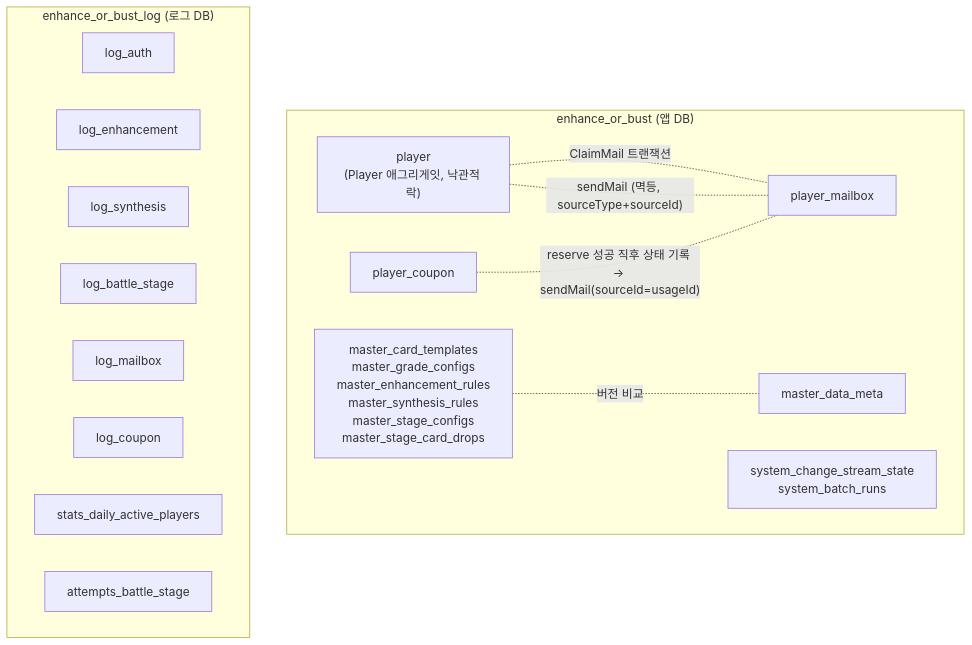
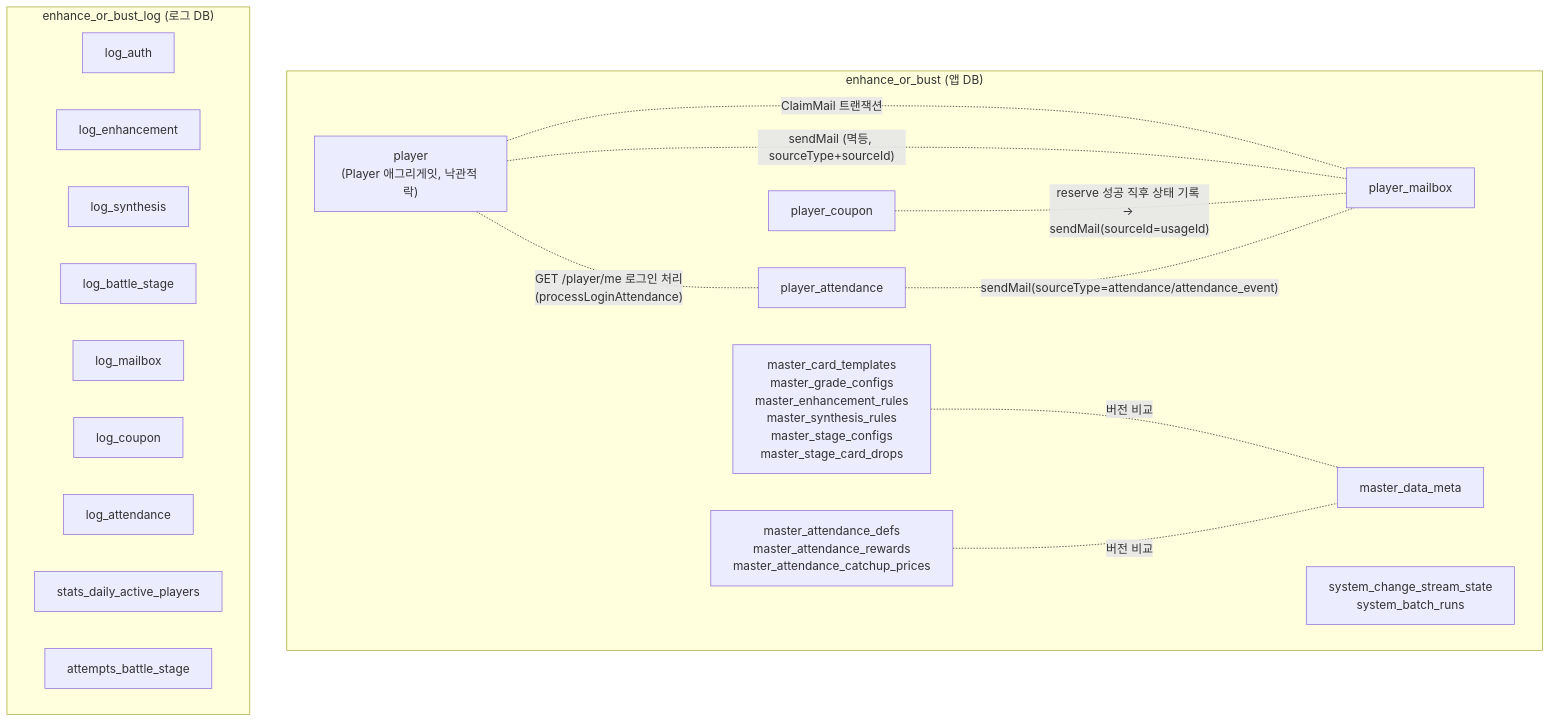
One commit to trisakion0500/enhance-or-bust changed the diagram in docs/04_DATA_MODEL.md. Above: the diagram before and after it, drawn with Mermaid. The commit also changed other lines of this file and 4 other files, not shown here.

Commit message:
log_attendance 인덱스 추가, 출석부 관련 문서 이격 보강(데이터모델/DB스키마/GM API 문서에 출석부 컬렉션 3종 반영)

````diff
--- a/docs/04_DATA_MODEL.md
+++ b/docs/04_DATA_MODEL.md
@@ -12,26 +12,32 @@
 ```mermaid
 graph TB
     subgraph "enhance_or_bust (앱 DB)"
         players["player\n(Player 애그리게잇, 낙관적 락)"]
         mailbox["player_mailbox"]
         couponRedemptions["player_coupon"]
+        attendance["player_attendance"]
         masterData["master_card_templates\nmaster_grade_configs\nmaster_enhancement_rules\nmaster_synthesis_rules\nmaster_stage_configs\nmaster_stage_card_drops"]
+        masterAttendance["master_attendance_defs\nmaster_attendance_rewards\nmaster_attendance_catchup_prices"]
         masterMeta["master_data_meta"]
         systemState["system_change_stream_state\nsystem_batch_runs"]
     end
     subgraph "enhance_or_bust_log (로그 DB)"
         logAuth["log_auth"]
         logEnh["log_enhancement"]
         logSyn["log_synthesis"]
         logBattle["log_battle_stage"]
         logMail["log_mailbox"]
         logCoupon["log_coupon"]
+        logAttendance["log_attendance"]
         stats["stats_daily_active_players"]
         attempts["attempts_battle_stage"]
     end
 
     players -. "ClaimMail 트랜잭션" .- mailbox
     players -. "sendMail (멱등, sourceType+sourceId)" .- mailbox
     couponRedemptions -. "reserve 성공 직후 상태 기록 → sendMail(sourceId=usageId)" .- mailbox
+    players -. "GET /player/me 로그인 처리(processLoginAttendance)" .- attendance
+    attendance -. "sendMail(sourceType=attendance/attendance_event)" .- mailbox
     masterData -. "버전 비교" .- masterMeta
+    masterAttendance -. "버전 비교" .- masterMeta
 ```
````
